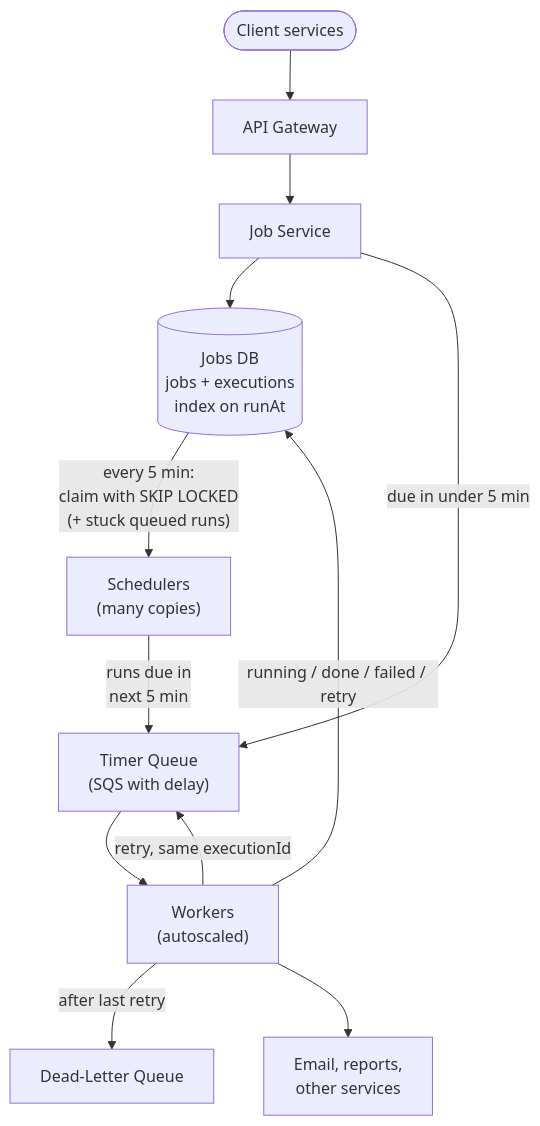
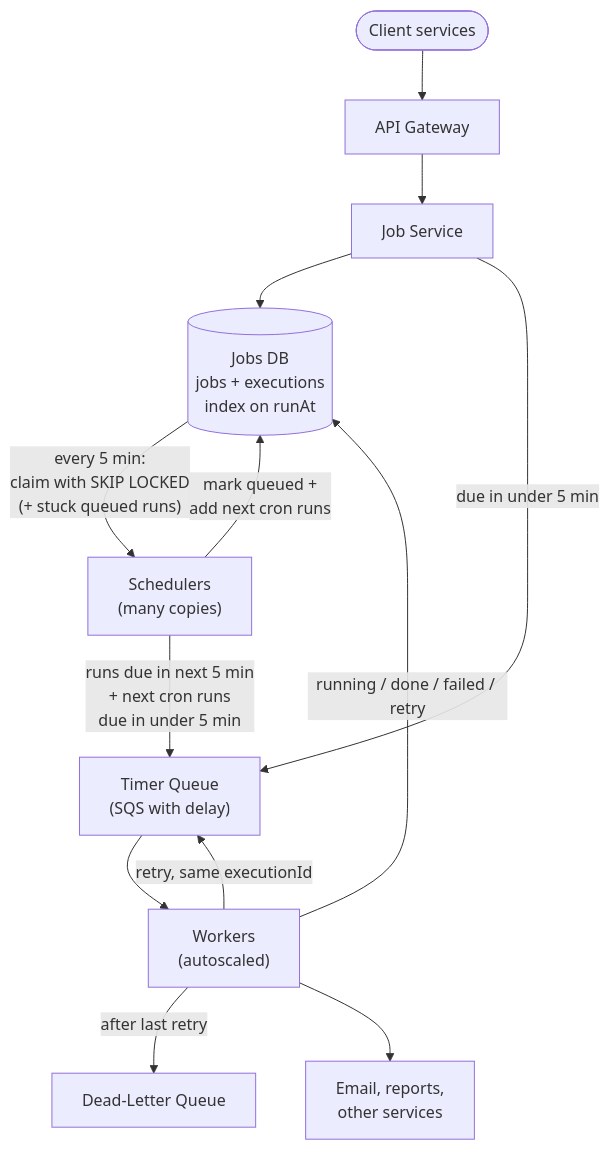
Before and after one commit to iamrs77/interview-ready: the second of 2 diagrams in content/system-design/questions/job-scheduler.mdx, drawn with Mermaid. The commit also changed other lines of this file and 132 other files, not shown here.

````diff
--- a/content/system-design/questions/job-scheduler.mdx
+++ b/content/system-design/questions/job-scheduler.mdx
@@ -252,14 +271,15 @@
 ```mermaid
 flowchart TB
   Client(["Client services"]):::client --> GW["API Gateway"]:::lb
   GW --> JobSvc["Job Service"]:::service
   JobSvc --> DB[("Jobs DB<br/>jobs + executions<br/>index on runAt")]:::db
   DB -->|"every 5 min:<br/>claim with SKIP LOCKED<br/>(+ stuck queued runs)"| Sched["Schedulers<br/>(many copies)"]:::service
-  Sched -->|"runs due in<br/>next 5 min"| Timer["Timer Queue<br/>(SQS with delay)"]:::queue
+  Sched -->|"mark queued +<br/>add next cron runs"| DB
+  Sched -->|"runs due in next 5 min<br/>+ next cron runs<br/>due in under 5 min"| Timer["Timer Queue<br/>(SQS with delay)"]:::queue
   JobSvc -->|"due in under 5 min"| Timer
   Timer --> Workers["Workers<br/>(autoscaled)"]:::service
   Workers -->|"running / done / failed / retry"| DB
   Workers -->|"retry, same executionId"| Timer
   Workers -->|"after last retry"| DLQ["Dead-Letter Queue"]:::queue
   Workers --> Targets["Email, reports,<br/>other services"]:::external
 ```
````
